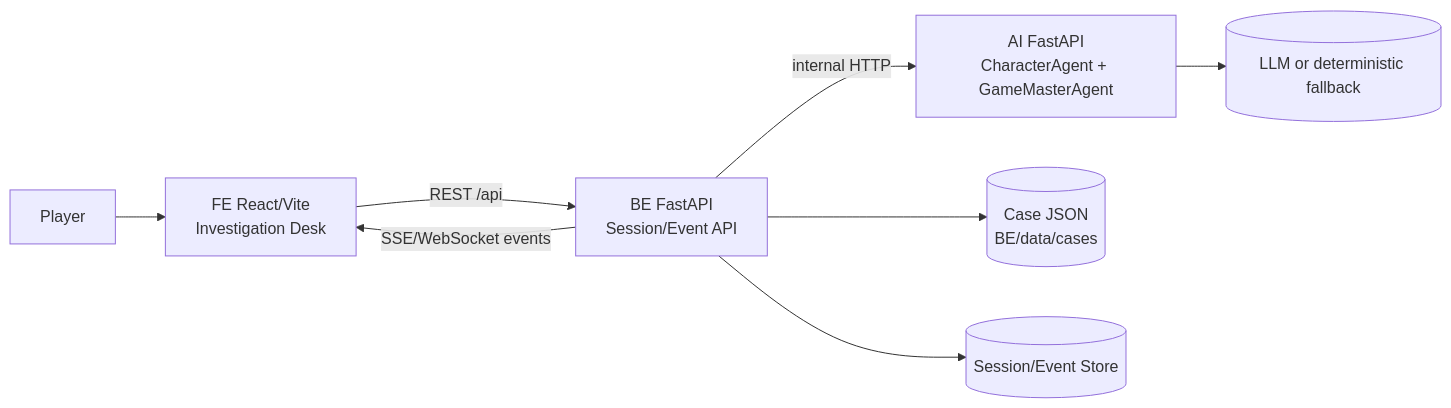
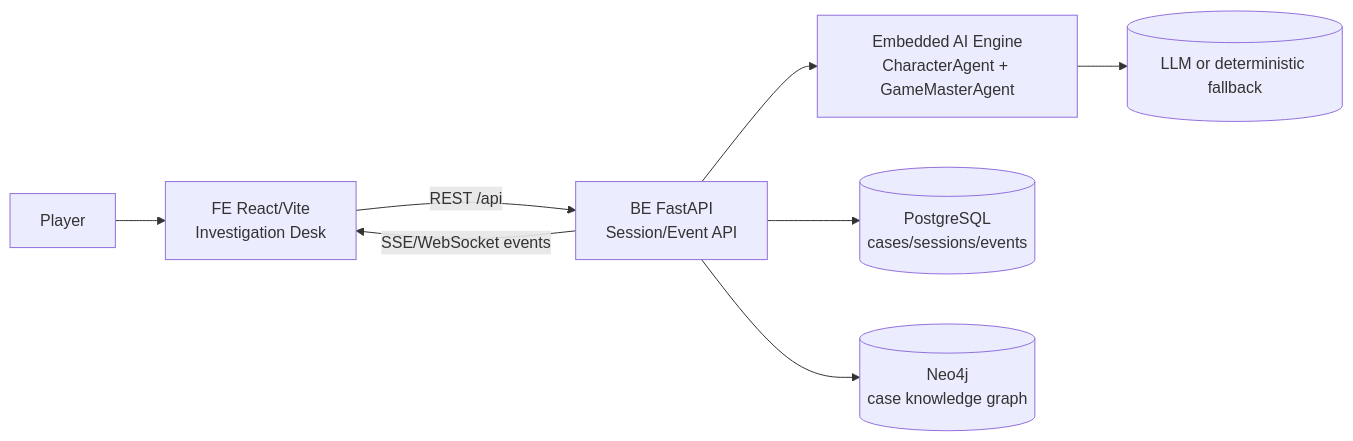
One commit to LeeSwallow/asm-team08-ai-study changed the first of 4 diagrams in README.md. Above: the diagram before and after it, drawn with Mermaid. The commit also changed other lines of this file and 115 other files, not shown here.

````diff
--- a/README.md
+++ b/README.md
@@ -15,10 +15,10 @@
 ```mermaid
 flowchart LR
   User[Player] --> FE[FE React/Vite<br/>Investigation Desk]
   FE -->|REST /api| BE[BE FastAPI<br/>Session/Event API]
-  BE -->|internal HTTP| AI[AI FastAPI<br/>CharacterAgent + GameMasterAgent]
-  BE --> CaseData[(Case JSON<br/>BE/data/cases)]
-  BE --> SessionData[(Session/Event Store)]
-  AI --> LLM[(LLM or deterministic fallback)]
+  BE --> AIEngine[Embedded AI Engine<br/>CharacterAgent + GameMasterAgent]
+  BE --> Postgres[(PostgreSQL<br/>cases/sessions/events)]
+  BE --> Neo4j[(Neo4j<br/>case knowledge graph)]
+  AIEngine --> LLM[(LLM or deterministic fallback)]
   BE -->|SSE/WebSocket events| FE
 ```
````
